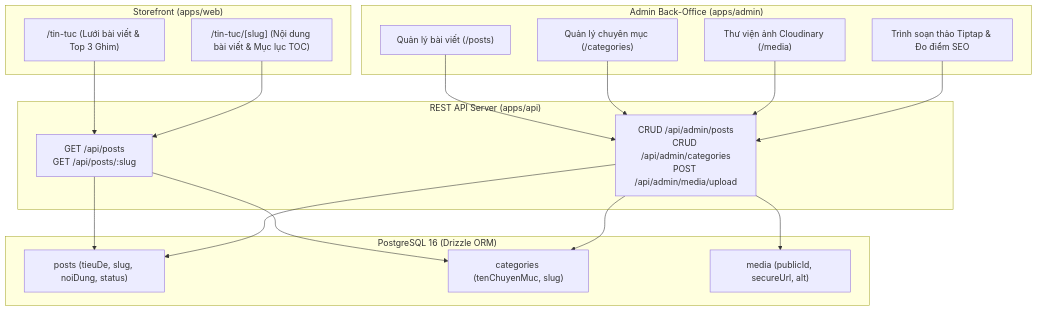
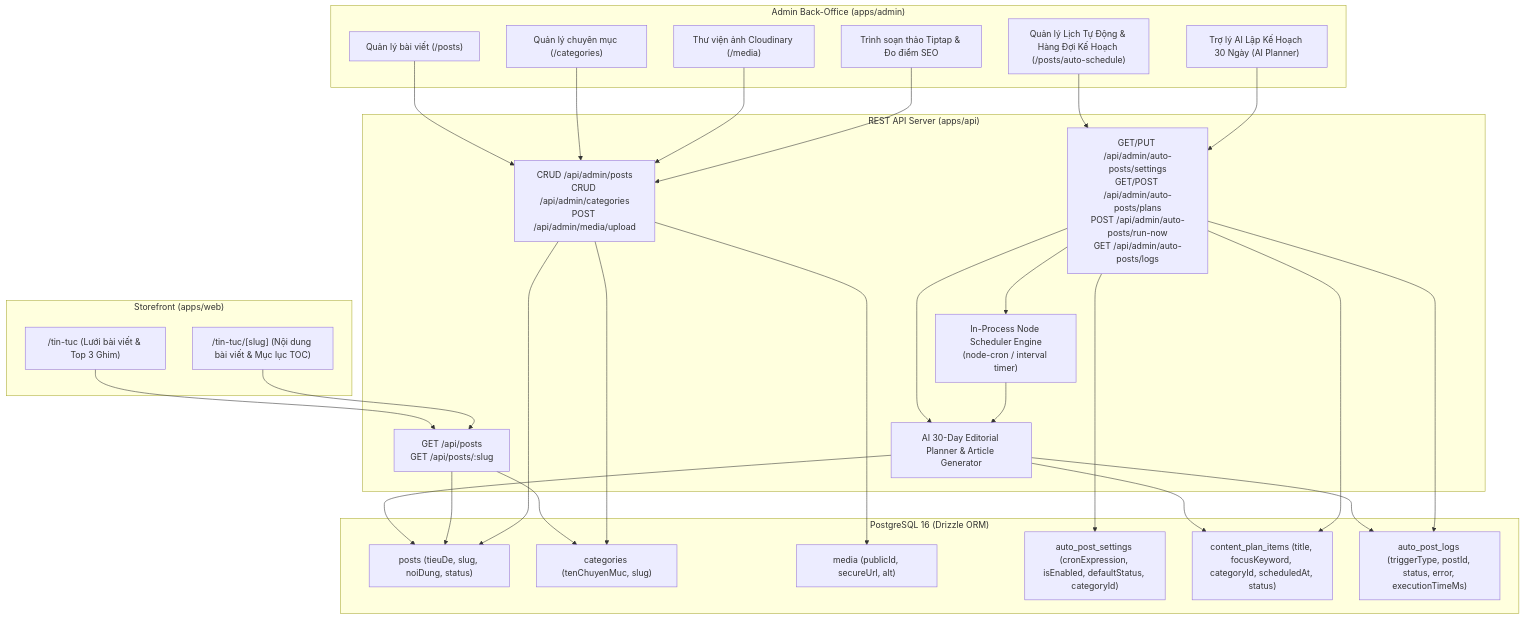
The diagram in docs/features/content-management/OVERVIEW.md (accountcx/cardealer), drawn with Mermaid before and after one commit. The commit also changed other lines of this file and 60 other files, not shown here.

Commit message:
feat(scheduler): introduce auto-post system, editorial planner, and advanced cron utilities

````diff
--- a/docs/features/content-management/OVERVIEW.md
+++ b/docs/features/content-management/OVERVIEW.md
@@ -39,38 +45,58 @@
 ```mermaid
 flowchart TD
     subgraph StorefrontPortal ["Storefront (apps/web)"]
         NewsIndex["/tin-tuc (Lưới bài viết & Top 3 Ghim)"]
         PostDetail["/tin-tuc/[slug] (Nội dung bài viết & Mục lục TOC)"]
     end
 
     subgraph AdminPortal ["Admin Back-Office (apps/admin)"]
         PostsAdmin["Quản lý bài viết (/posts)"]
+        AutoPostAdmin["Quản lý Lịch Tự Động & Hàng Đợi Kế Hoạch (/posts/auto-schedule)"]
+        AiPlanModal["Trợ lý AI Lập Kế Hoạch 30 Ngày (AI Planner)"]
         CategoriesAdmin["Quản lý chuyên mục (/categories)"]
         MediaAdmin["Thư viện ảnh Cloudinary (/media)"]
         TiptapEditor["Trình soạn thảo Tiptap & Đo điểm SEO"]
     end
 
     subgraph BackendAPI ["REST API Server (apps/api)"]
         PublicPostsAPI["GET /api/posts<br/>GET /api/posts/:slug"]
         AdminPostsAPI["CRUD /api/admin/posts<br/>CRUD /api/admin/categories<br/>POST /api/admin/media/upload"]
+        AutoPostAPI["GET/PUT /api/admin/auto-posts/settings<br/>GET/POST /api/admin/auto-posts/plans<br/>POST /api/admin/auto-posts/run-now<br/>GET /api/admin/auto-posts/logs"]
+        SchedulerService["In-Process Node Scheduler Engine<br/>(node-cron / interval timer)"]
+        AiPlannerEngine["AI 30-Day Editorial Planner & Article Generator"]
     end
 
     subgraph DatabaseLayer ["PostgreSQL 16 (Drizzle ORM)"]
         TablePosts["posts (tieuDe, slug, noiDung, status)"]
         TableCategories["categories (tenChuyenMuc, slug)"]
         TableMedia["media (publicId, secureUrl, alt)"]
+        TableAutoSettings["auto_post_settings (cronExpression, isEnabled, defaultStatus, categoryId)"]
+        TableContentPlans["content_plan_items (title, focusKeyword, categoryId, scheduledAt, status)"]
+        TableAutoLogs["auto_post_logs (triggerType, postId, status, error, executionTimeMs)"]
     end
 
     NewsIndex --> PublicPostsAPI
     PostDetail --> PublicPostsAPI
     PostsAdmin --> AdminPostsAPI
+    AutoPostAdmin --> AutoPostAPI
+    AiPlanModal --> AutoPostAPI
     CategoriesAdmin --> AdminPostsAPI
     MediaAdmin --> AdminPostsAPI
     TiptapEditor --> AdminPostsAPI
+
+    AutoPostAPI --> SchedulerService
+    AutoPostAPI --> AiPlannerEngine
+    SchedulerService --> AiPlannerEngine
+    AiPlannerEngine --> TablePosts
+    AiPlannerEngine --> TableContentPlans
+    AiPlannerEngine --> TableAutoLogs
 
     PublicPostsAPI --> TablePosts
     PublicPostsAPI --> TableCategories
     AdminPostsAPI --> TablePosts
     AdminPostsAPI --> TableCategories
     AdminPostsAPI --> TableMedia
+    AutoPostAPI --> TableAutoSettings
+    AutoPostAPI --> TableContentPlans
+    AutoPostAPI --> TableAutoLogs
 ```
````
